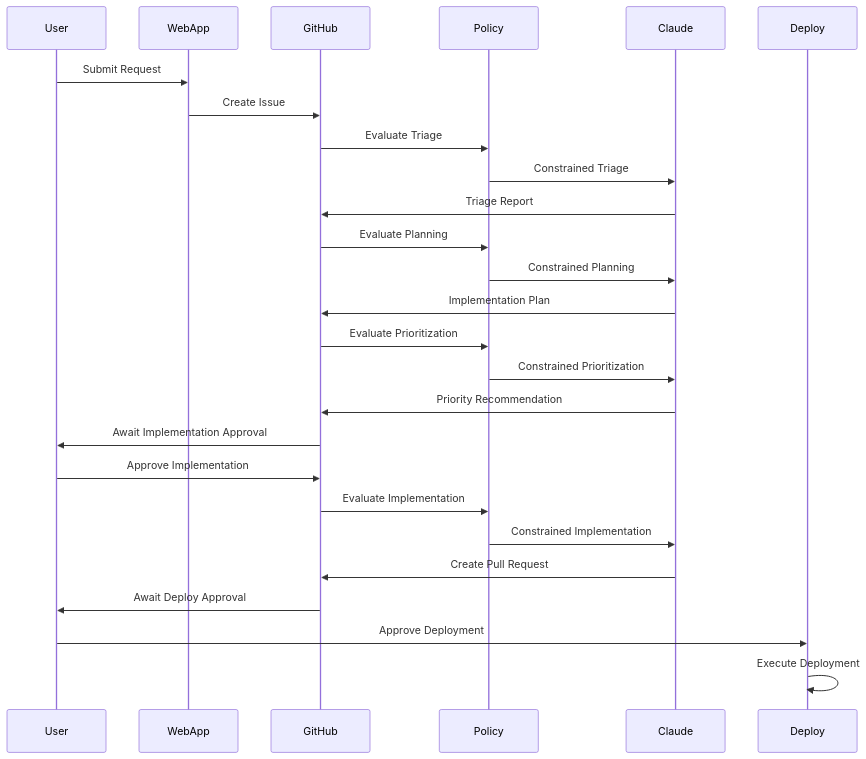
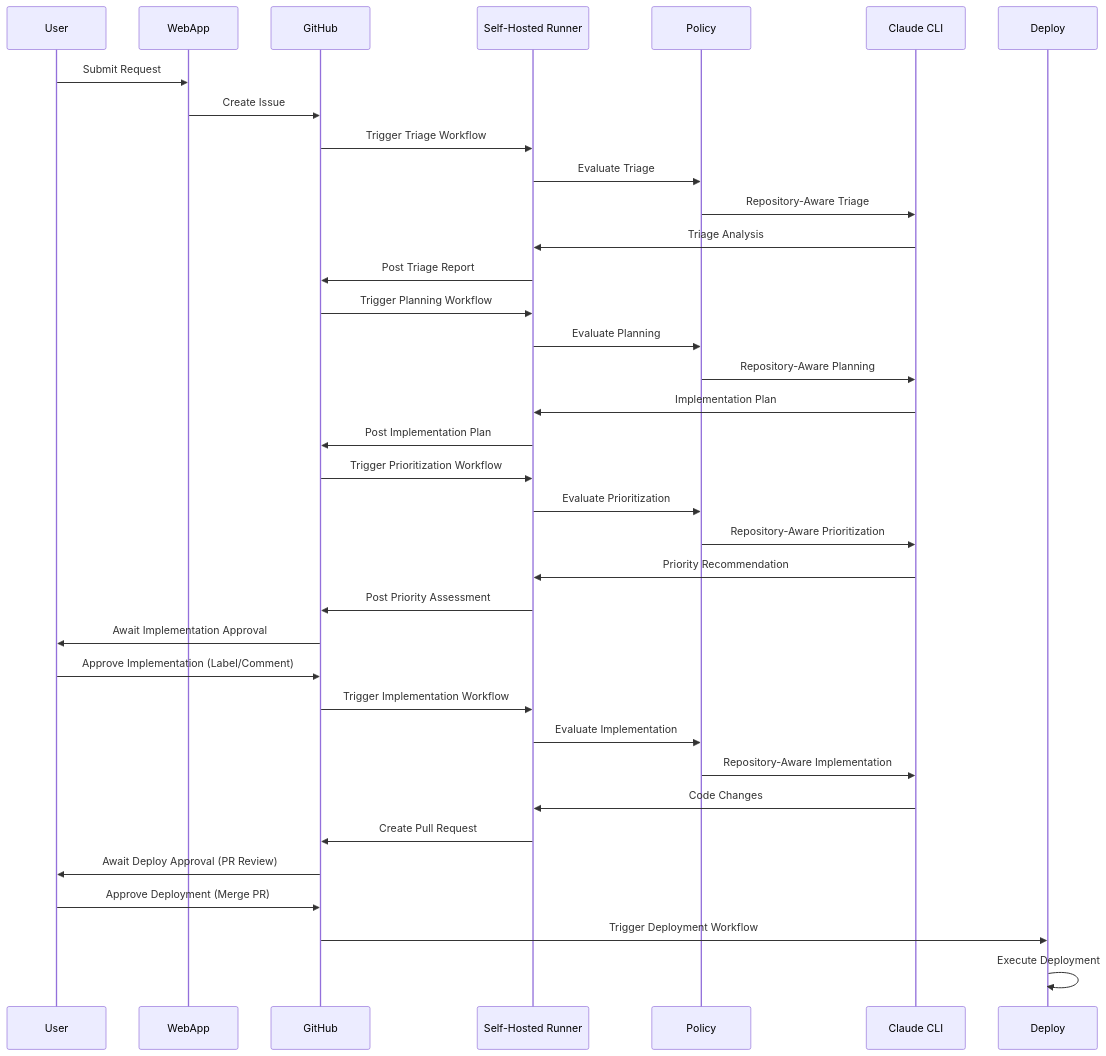
The second of 4 diagrams in .kiro/specs/self-evolving-app/design.md (jungmats/self-evolving-app), drawn with Mermaid before and after one commit. The commit also changed other lines of this file and 17 other files, not shown here.

Commit message:
move from API to Claude Code CLI

````diff
--- a/.kiro/specs/self-evolving-app/design.md
+++ b/.kiro/specs/self-evolving-app/design.md
@@ -67,29 +77,39 @@
 ```mermaid
 sequenceDiagram
     participant User
     participant WebApp
     participant GitHub
+    participant Runner as Self-Hosted Runner
     participant Policy
-    participant Claude
+    participant ClaudeCLI as Claude CLI
     participant Deploy
     
     User->>WebApp: Submit Request
     WebApp->>GitHub: Create Issue
-    GitHub->>Policy: Evaluate Triage
-    Policy->>Claude: Constrained Triage
-    Claude->>GitHub: Triage Report
-    GitHub->>Policy: Evaluate Planning
-    Policy->>Claude: Constrained Planning
-    Claude->>GitHub: Implementation Plan
-    GitHub->>Policy: Evaluate Prioritization
-    Policy->>Claude: Constrained Prioritization
-    Claude->>GitHub: Priority Recommendation
+    GitHub->>Runner: Trigger Triage Workflow
+    Runner->>Policy: Evaluate Triage
+    Policy->>ClaudeCLI: Repository-Aware Triage
+    ClaudeCLI->>Runner: Triage Analysis
+    Runner->>GitHub: Post Triage Report
+    GitHub->>Runner: Trigger Planning Workflow
+    Runner->>Policy: Evaluate Planning
+    Policy->>ClaudeCLI: Repository-Aware Planning
+    ClaudeCLI->>Runner: Implementation Plan
+    Runner->>GitHub: Post Implementation Plan
+    GitHub->>Runner: Trigger Prioritization Workflow
+    Runner->>Policy: Evaluate Prioritization
+    Policy->>ClaudeCLI: Repository-Aware Prioritization
+    ClaudeCLI->>Runner: Priority Recommendation
+    Runner->>GitHub: Post Priority Assessment
     GitHub->>User: Await Implementation Approval
-    User->>GitHub: Approve Implementation
-    GitHub->>Policy: Evaluate Implementation
-    Policy->>Claude: Constrained Implementation
-    Claude->>GitHub: Create Pull Request
-    GitHub->>User: Await Deploy Approval
-    User->>Deploy: Approve Deployment
+    User->>GitHub: Approve Implementation (Label/Comment)
+    GitHub->>Runner: Trigger Implementation Workflow
+    Runner->>Policy: Evaluate Implementation
+    Policy->>ClaudeCLI: Repository-Aware Implementation
+    ClaudeCLI->>Runner: Code Changes
+    Runner->>GitHub: Create Pull Request
+    GitHub->>User: Await Deploy Approval (PR Review)
+    User->>GitHub: Approve Deployment (Merge PR)
+    GitHub->>Deploy: Trigger Deployment Workflow
     Deploy->>Deploy: Execute Deployment
 ```
````
